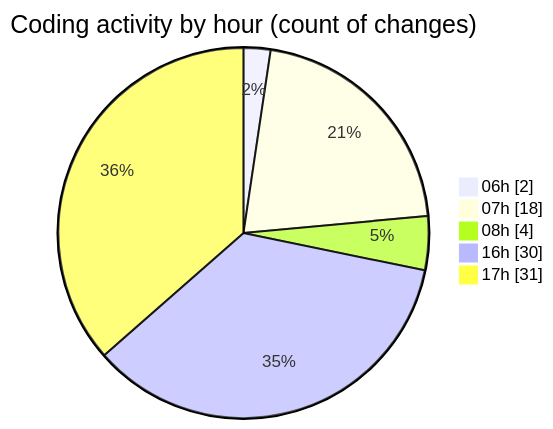
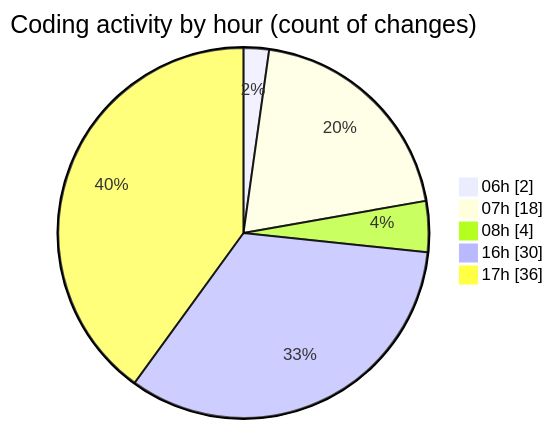
Before and after one commit to robertbonfada/code-tracking: the second of 2 diagrams in 2025-01-27/termonied-web/README.md, drawn with Mermaid. The commit also changed other lines of this file and 1 other file, not shown here.

````diff
--- a/2025-01-27/termonied-web/README.md
+++ b/2025-01-27/termonied-web/README.md
@@ -38,9 +40,9 @@
 ```mermaid
 pie showData
 title Coding activity by hour (count of changes)
 "06h" : 2
 "07h" : 18
 "08h" : 4
 "16h" : 30
-"17h" : 31
+"17h" : 36
 ```
````
